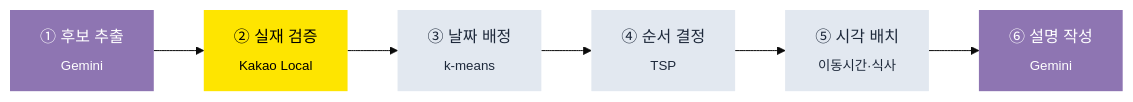
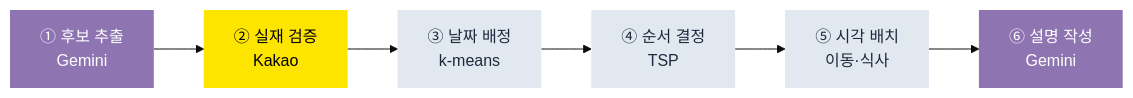
One commit to jjssspark/TripMate changed the diagram in README.md. Above: the diagram before and after it, drawn with Mermaid (base theme).

Commit message:
docs: README 파이프라인 도식의 글자 잘림을 고친다
sub 태그가 들어간 노드는 mermaid가 폭을 실제 글자보다 좁게 잡아 5단계 라벨이 잘렸다.
sub를 걷어내고 라벨을 짧게 줄인다.

````diff
--- a/README.md
+++ b/README.md
@@ -49,15 +49,15 @@
 ```mermaid
 flowchart LR
-    A["① 후보 추출<br/><sub>Gemini</sub>"] --> B["② 실재 검증<br/><sub>Kakao Local</sub>"]
-    B --> C["③ 날짜 배정<br/><sub>k-means</sub>"]
-    C --> D["④ 순서 결정<br/><sub>TSP</sub>"]
-    D --> E["⑤ 시각 배치<br/><sub>이동시간·식사</sub>"]
-    E --> F["⑥ 설명 작성<br/><sub>Gemini</sub>"]
+    A["① 후보 추출<br/>Gemini"] --> B["② 실재 검증<br/>Kakao"]
+    B --> C["③ 날짜 배정<br/>k-means"]
+    C --> D["④ 순서 결정<br/>TSP"]
+    D --> E["⑤ 시각 배치<br/>이동·식사"]
+    E --> F["⑥ 설명 작성<br/>Gemini"]
 
     style A fill:#8e75b2,color:#fff,stroke:none
     style F fill:#8e75b2,color:#fff,stroke:none
     style B fill:#fee500,color:#000,stroke:none
     style C fill:#e2e8f0,color:#1e293b,stroke:none
     style D fill:#e2e8f0,color:#1e293b,stroke:none
     style E fill:#e2e8f0,color:#1e293b,stroke:none
 ```
````
